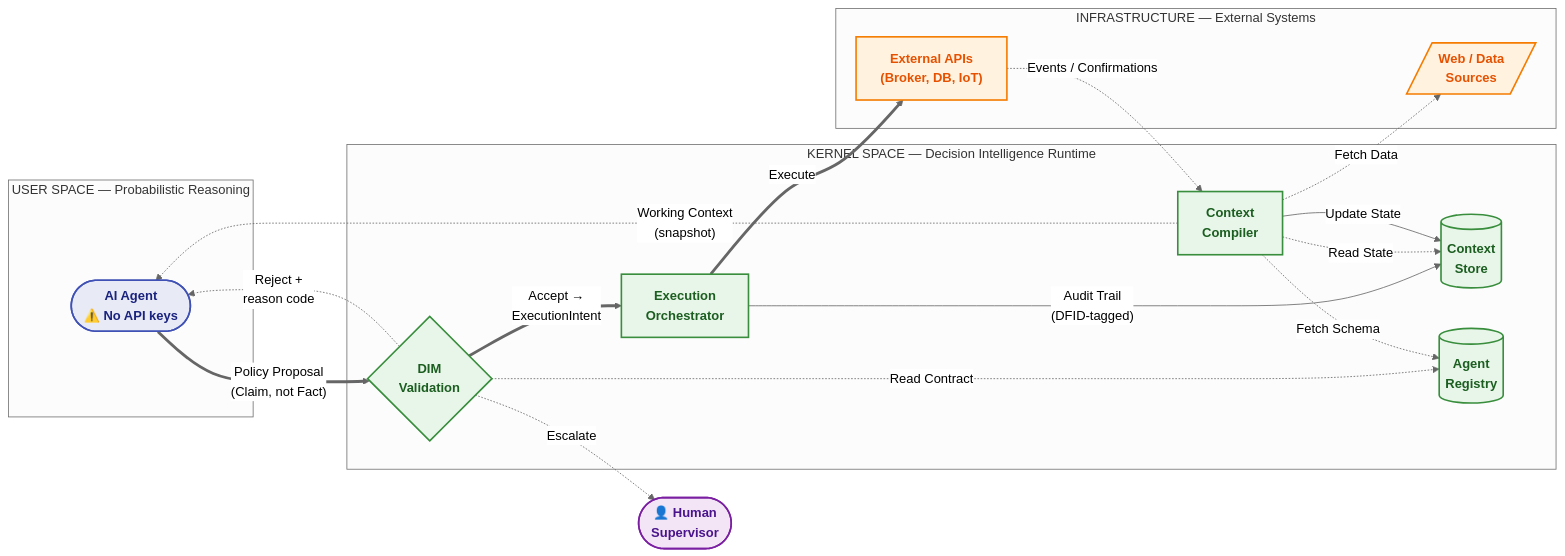
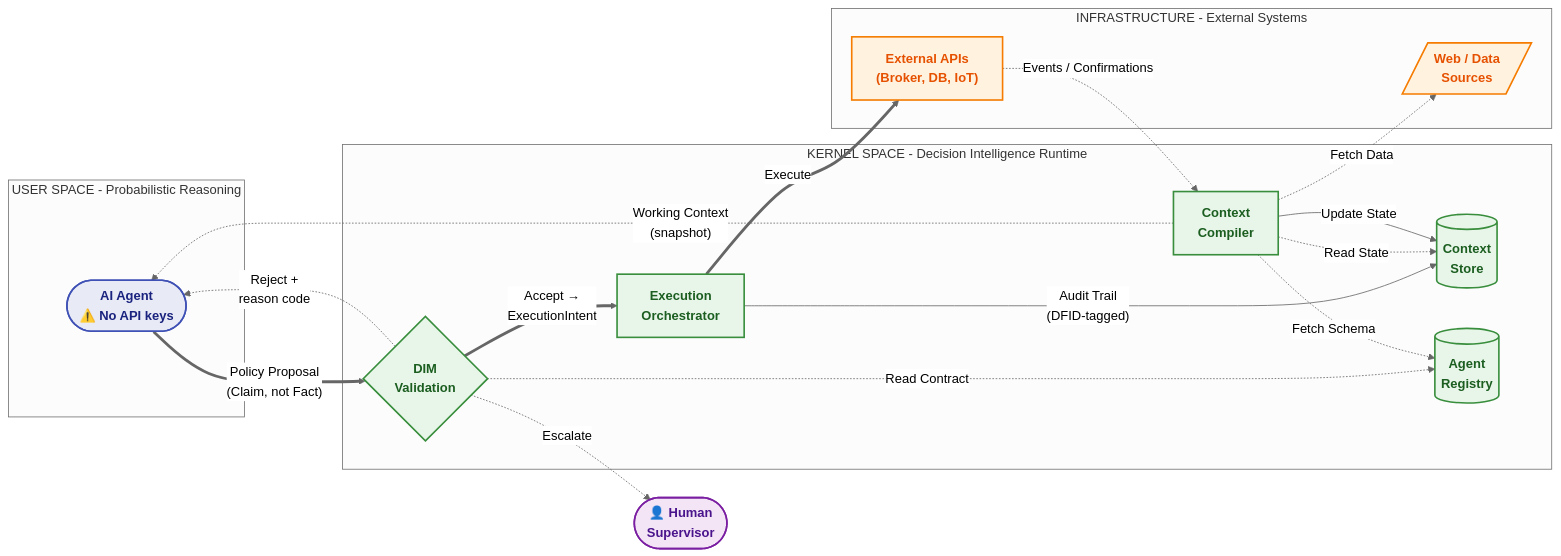
One commit to huka81/decision-intelligence-runtime changed the second of 20 diagrams in docs/07-dir-minified/DIR-minified.md. Above: the diagram before and after it, drawn with Mermaid. The commit also changed other lines of this file and 6 other files, not shown here.

````diff
--- a/docs/07-dir-minified/DIR-minified.md
+++ b/docs/07-dir-minified/DIR-minified.md
@@ -127,57 +127,57 @@
 ```mermaid
 ---
 config:
   theme: neutral
   look: classic
 ---
 flowchart LR
     classDef userSpace fill:#E8EAF6,stroke:#3F51B5,stroke-width:2px,color:#1A237E,font-weight:bold
     classDef kernelSpace fill:#E8F5E9,stroke:#388E3C,stroke-width:2px,color:#1B5E20,font-weight:bold
     classDef infraSpace fill:#FFF3E0,stroke:#F57C00,stroke-width:2px,color:#E65100,font-weight:bold
     classDef humanStyle fill:#F3E5F5,stroke:#7B1FA2,stroke-width:2px,color:#4A148C,font-weight:bold
     classDef noteStyle fill:#FFFDE7,stroke:#F9A825,stroke-width:1px,color:#F57F17,stroke-dasharray: 5 5
 
     Human(["👤 Human<br/>Supervisor"]):::humanStyle
 
-    subgraph UserSpace["USER SPACE — Probabilistic Reasoning"]
+    subgraph UserSpace["USER SPACE  -  Probabilistic Reasoning"]
         Agent(["AI Agent<br/>⚠️ No API keys"]):::userSpace
     end
 
-    subgraph DIRKernel["KERNEL SPACE — Decision Intelligence Runtime"]
+    subgraph DIRKernel["KERNEL SPACE  -  Decision Intelligence Runtime"]
         CC["Context<br/>Compiler"]:::kernelSpace
         DIM{"DIM<br/>Validation"}:::kernelSpace
         EX["Execution<br/>Orchestrator"]:::kernelSpace
         CS[("Context<br/>Store")]:::kernelSpace
         AR[("Agent<br/>Registry")]:::kernelSpace
     end
 
-    subgraph External["INFRASTRUCTURE — External Systems"]
+    subgraph External["INFRASTRUCTURE  -  External Systems"]
         API["External APIs<br/>(Broker, DB, IoT)"]:::infraSpace
         Web[/"Web / Data<br/>Sources"/]:::infraSpace
     end
 
     %% Context assembly and delivery
     CC -.->|"Working Context<br/>(snapshot)"| Agent
 
-    %% Core decision flow — THE WALL
+    %% Core decision flow  -  THE WALL
     Agent ==>|"Policy Proposal<br/>(Claim, not Fact)"| DIM
     DIM ==>|"Accept →<br/>ExecutionIntent"| EX
     DIM -.->|"Escalate"| Human
     DIM -.->|"Reject +<br/>reason code"| Agent
 
     %% Registry integration
     DIM -.->|"Read Contract"| AR
     CC -.->|"Fetch Schema"| AR
 
     %% Context sources
     CC -.->|"Fetch Data"| Web
 
     %% Execution and audit
     EX ==>|"Execute"| API
     EX -->|"Audit Trail<br/>(DFID-tagged)"| CS
 
-    %% Context loop — events feed back into store
+    %% Context loop  -  events feed back into store
     API -.->|"Events / Confirmations"| CC
     CC -.->|"Read State"| CS
     CC -->|"Update State"| CS
 ```
````
